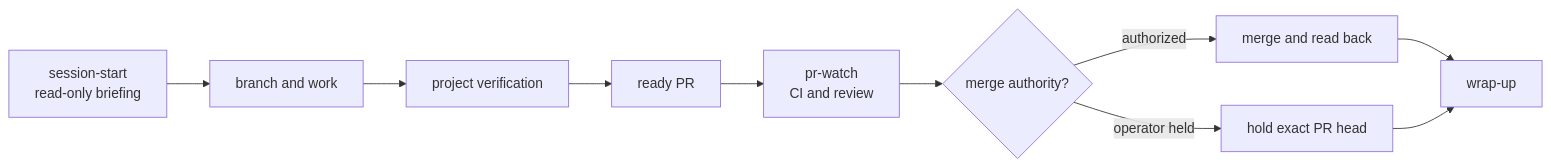
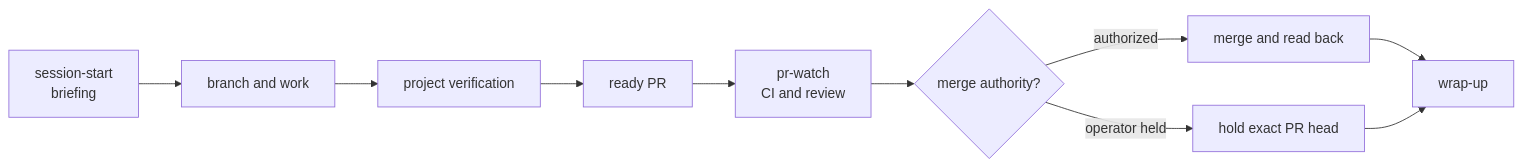
Before and after one commit to topij/agentic-dev-kit: the diagram in docs/developer-guide.md, drawn with Mermaid. The commit also changed 11 other files, not shown here.

````diff
--- a/docs/developer-guide.md
+++ b/docs/developer-guide.md
@@ -54,12 +54,12 @@
 ```mermaid
 flowchart LR
-    Brief["session-start<br/>read-only briefing"] --> Branch["branch and work"]
+    Brief["session-start<br/>briefing"] --> Branch["branch and work"]
     Branch --> Verify["project verification"]
     Verify --> PR["ready PR"]
     PR --> Watch["pr-watch<br/>CI and review"]
     Watch --> Authority{"merge authority?"}
     Authority -->|authorized| Merge["merge and read back"]
     Authority -->|operator held| Handoff["hold exact PR head"]
     Merge --> Wrap["wrap-up"]
     Handoff --> Wrap
 ```
````
